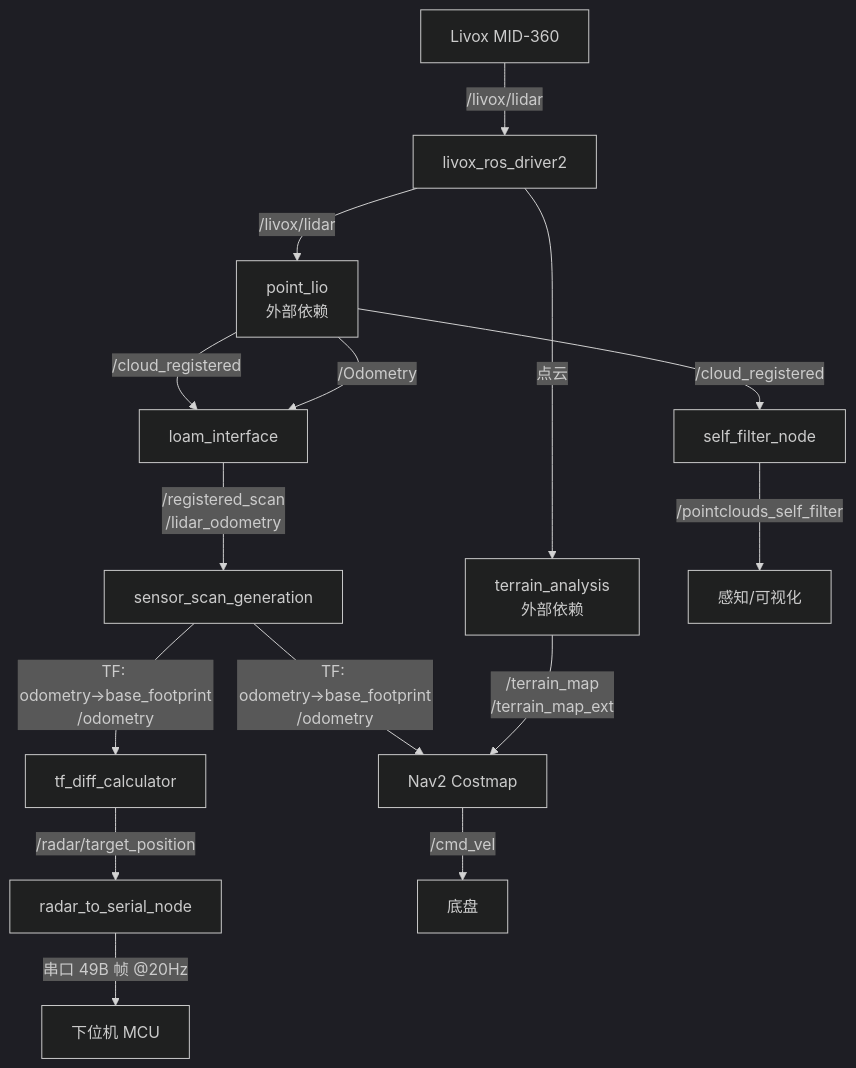
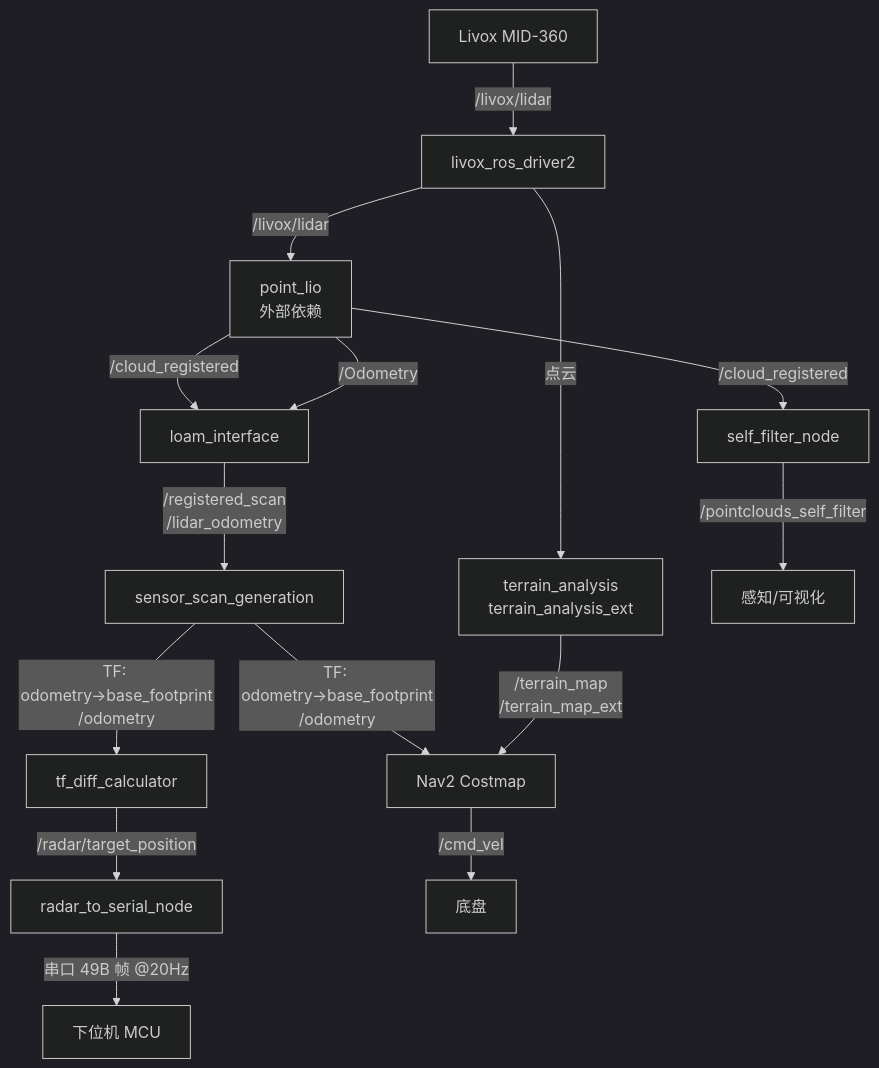
One commit to Aurelia-Maris-Crystalthrone/Radar-System-ROS2-Package changed the diagram in README.md. Above: the diagram before and after it, drawn with Mermaid (dark theme). The commit also changed other lines of this file and 12 other files, not shown here.

First line of the commit message:
补齐地形分析链路：新增 terrain_analysis 与其 ext 版本并修复 Nav2 参数传参

````diff
--- a/README.md
+++ b/README.md
@@ -34,17 +35,17 @@
 ```mermaid
 graph TD
     A[Livox MID-360] -->|/livox/lidar| B[livox_ros_driver2]
     B -->|/livox/lidar| C[point_lio<br/>外部依赖]
     C -->|/cloud_registered| D[loam_interface]
     C -->|/Odometry| D
     D -->|/registered_scan<br/>/lidar_odometry| E[sensor_scan_generation]
     E -->|TF: odometry→base_footprint<br/>/odometry| F[Nav2 Costmap]
     E -->|TF: odometry→base_footprint<br/>/odometry| G[tf_diff_calculator]
-    B -->|点云| H[terrain_analysis<br/>外部依赖]
+    B -->|点云| H[terrain_analysis<br/>terrain_analysis_ext]
     H -->|/terrain_map<br/>/terrain_map_ext| F
     C -->|/cloud_registered| I[self_filter_node]
     I -->|/pointclouds_self_filter| J[感知/可视化]
     G -->|/radar/target_position| K[radar_to_serial_node]
     K -->|串口 49B 帧 @20Hz| L[下位机 MCU]
     F -->|/cmd_vel| M[底盘]
 ```
````
